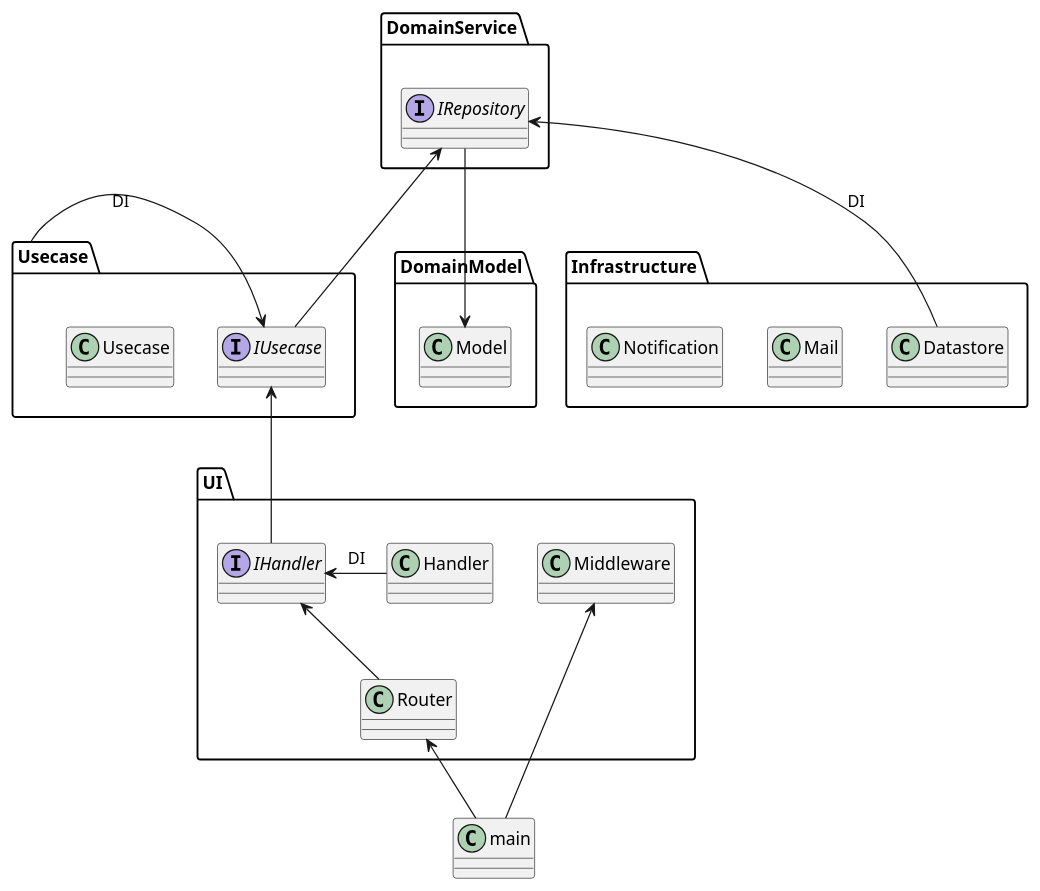
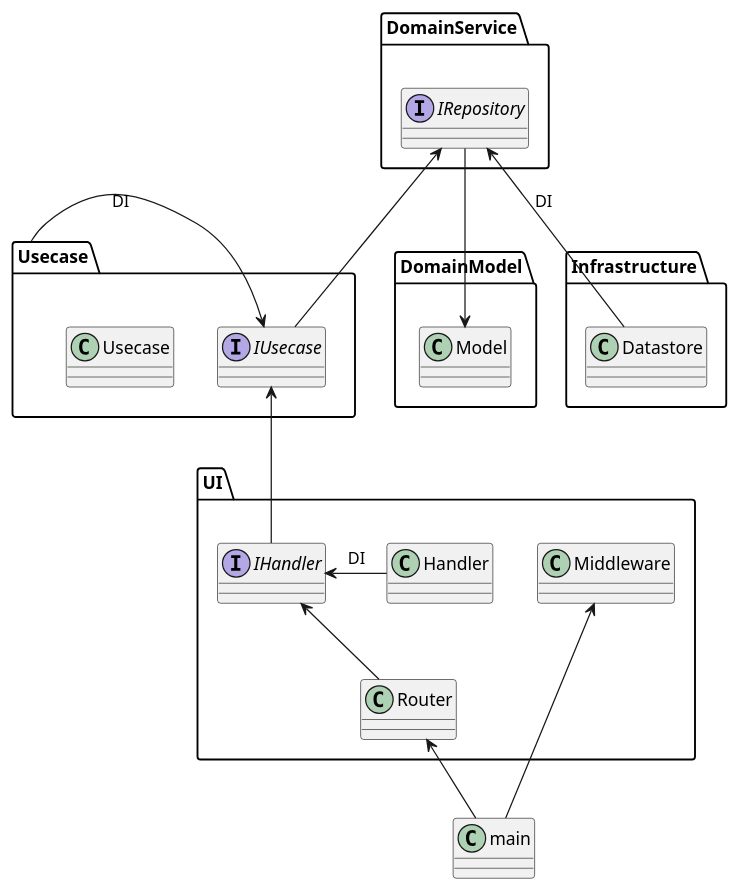
One commit to oshou/AwesomeMusic-api changed the diagram in docs/class.pu. Above: the diagram before and after it, drawn with PlantUML. The commit also changed 3 other files, not shown here.

```diff
--- a/docs/class.pu
+++ b/docs/class.pu
@@ -1,37 +1,35 @@
 @startuml
 package DomainModel {
   class Model
 }
 
 package DomainService {
   interface IRepository
 }
 
 package Usecase {
   class Usecase
   interface IUsecase
 }
 
 package Infrastructure {
   class Datastore
-  class Mail
-  class Notification
 }
 package UI {
   class Router
   class Middleware
   interface IHandler
   class Handler
 }
 class main
 
 Model <-up- IRepository
 IUsecase -up-> IRepository
 Usecase -right-> IUsecase: DI
 IHandler -up-> IUsecase
 Handler -right-> IHandler: DI
 Router -up-> IHandler
 Datastore -up-> IRepository: DI
 main -up-> Router
 main -up-> Middleware
 @enduml
```
